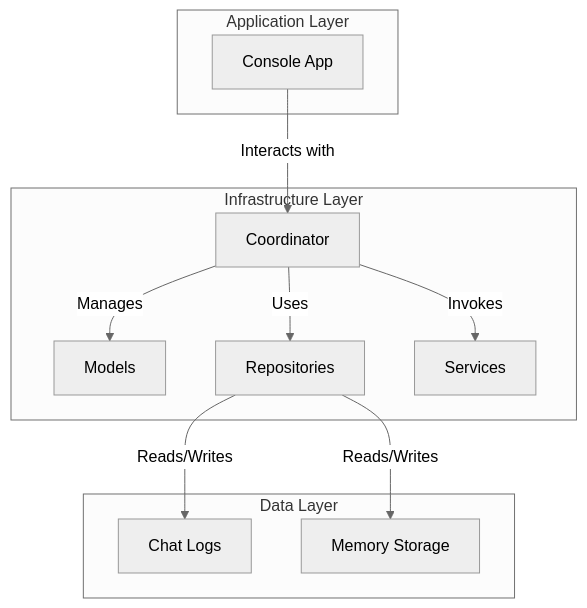
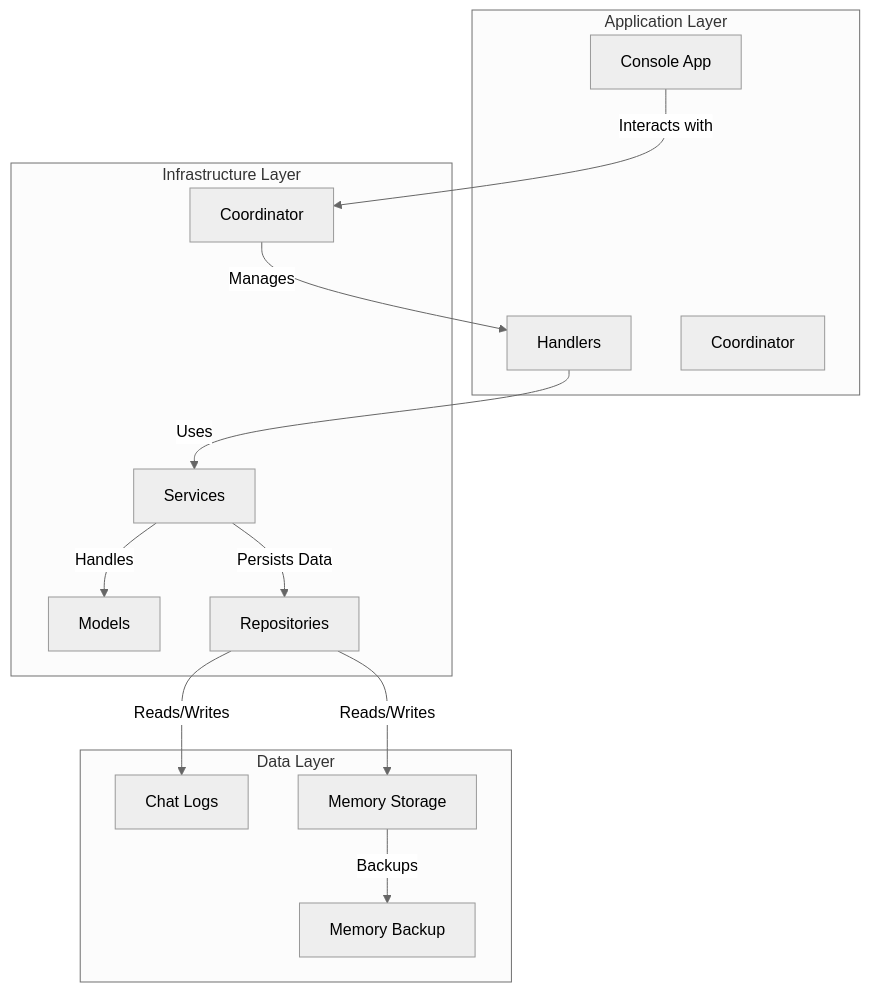
One commit to npdias/Generative-Heuristic-Operations-for-Simulated-Traits changed the first of 2 diagrams in README.md. Above: the diagram before and after it, drawn with Mermaid (neutral theme). The commit also changed other lines of this file and 3 other files, not shown here.

````diff
--- a/README.md
+++ b/README.md
@@ -44,25 +44,30 @@
 ```mermaid
 graph TD
     subgraph Application Layer
+        app_handlers[Handlers]
         app_console[Console App]
+        app_coordinator[Coordinator]
+    end
+
+    subgraph Data Layer
+        data_chat[Chat Logs]
+        data_memory[Memory Storage]
+        data_backup[Memory Backup]
     end
 
     subgraph Infrastructure Layer
         infra_models[Models]
         infra_repos[Repositories]
         infra_services[Services]
         infra_coordinator[Coordinator]
     end
 
-    subgraph Data Layer
-        data_chat[Chat Logs]
-        data_memory[Memory Storage]
-    end
-
     app_console -->|Interacts with| infra_coordinator
-    infra_coordinator -->|Manages| infra_models
-    infra_coordinator -->|Uses| infra_repos
-    infra_coordinator -->|Invokes| infra_services
+    infra_coordinator -->|Manages| app_handlers
+    app_handlers -->|Uses| infra_services
+    infra_services -->|Handles| infra_models
+    infra_services -->|Persists Data| infra_repos
     infra_repos -->|Reads/Writes| data_chat
     infra_repos -->|Reads/Writes| data_memory
+    data_memory -->|Backups| data_backup
 ```
````
